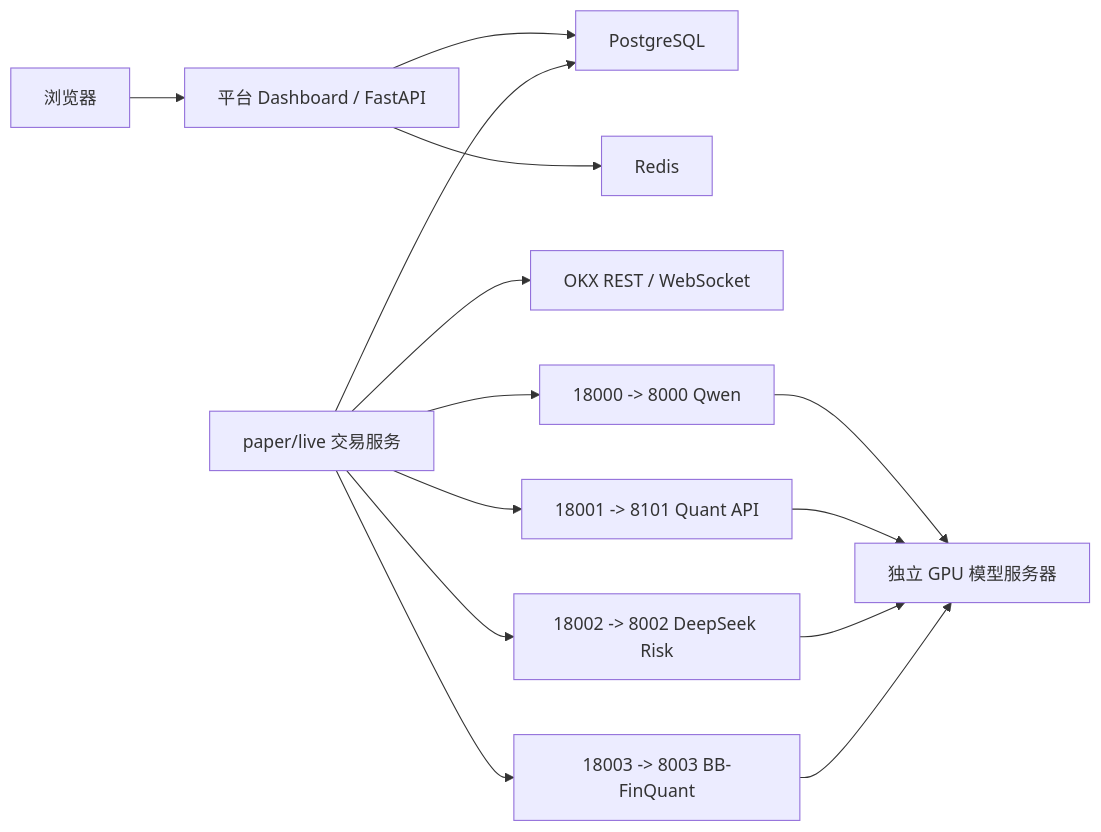
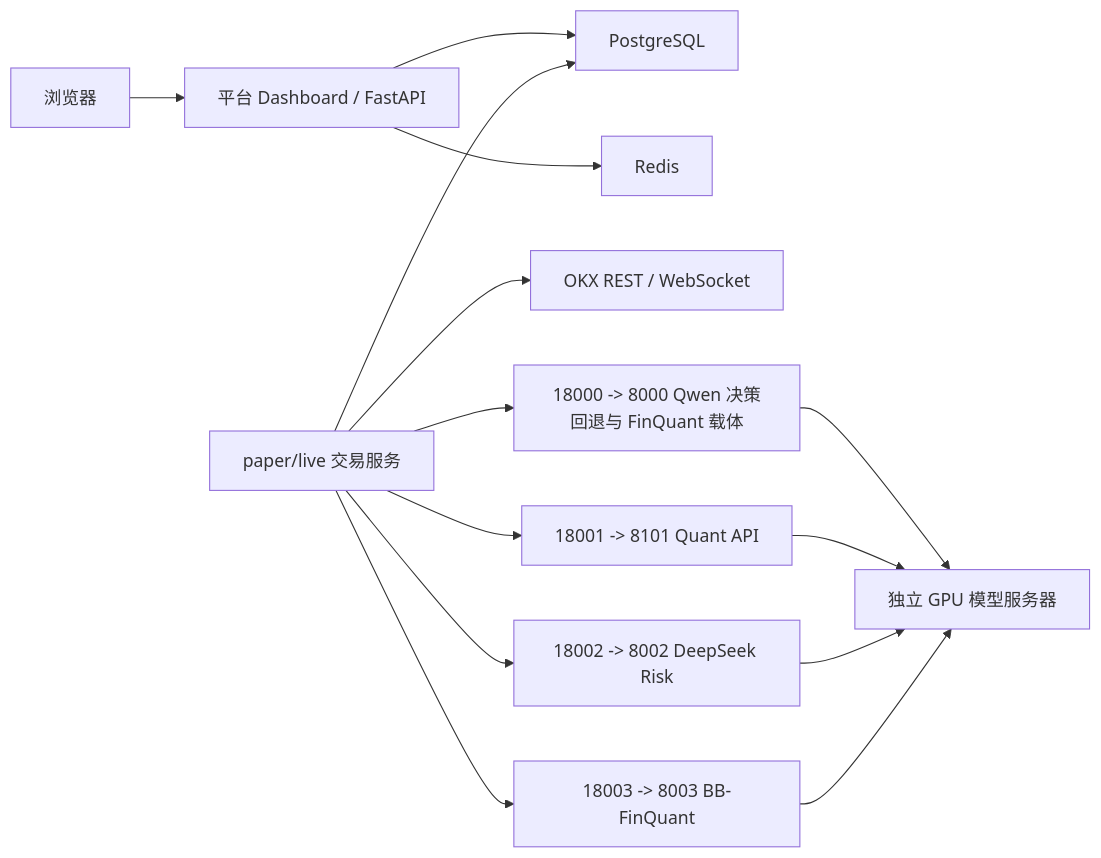
One commit to xyuun188/bb changed the fifth of 5 diagrams in docs/system_business_logic_tech_stack_models_2026-07-26.md. Above: the diagram before and after it, drawn with Mermaid. The commit also changed other lines of this file, not shown here.

````diff
--- a/docs/system_business_logic_tech_stack_models_2026-07-26.md
+++ b/docs/system_business_logic_tech_stack_models_2026-07-26.md
@@ -640,16 +688,16 @@
 ```mermaid
 flowchart LR
     U["浏览器"] --> W["平台 Dashboard / FastAPI"]
     W --> DB["PostgreSQL"]
     W --> R["Redis"]
     T["paper/live 交易服务"] --> DB
     T --> O["OKX REST / WebSocket"]
-    T --> P0["18000 -> 8000 Qwen"]
+    T --> P0["18000 -> 8000 Qwen 决策回退与 FinQuant 载体"]
     T --> P1["18001 -> 8101 Quant API"]
     T --> P2["18002 -> 8002 DeepSeek Risk"]
     T --> P3["18003 -> 8003 BB-FinQuant"]
     P0 --> GPU["独立 GPU 模型服务器"]
     P1 --> GPU
     P2 --> GPU
     P3 --> GPU
 ```
````
